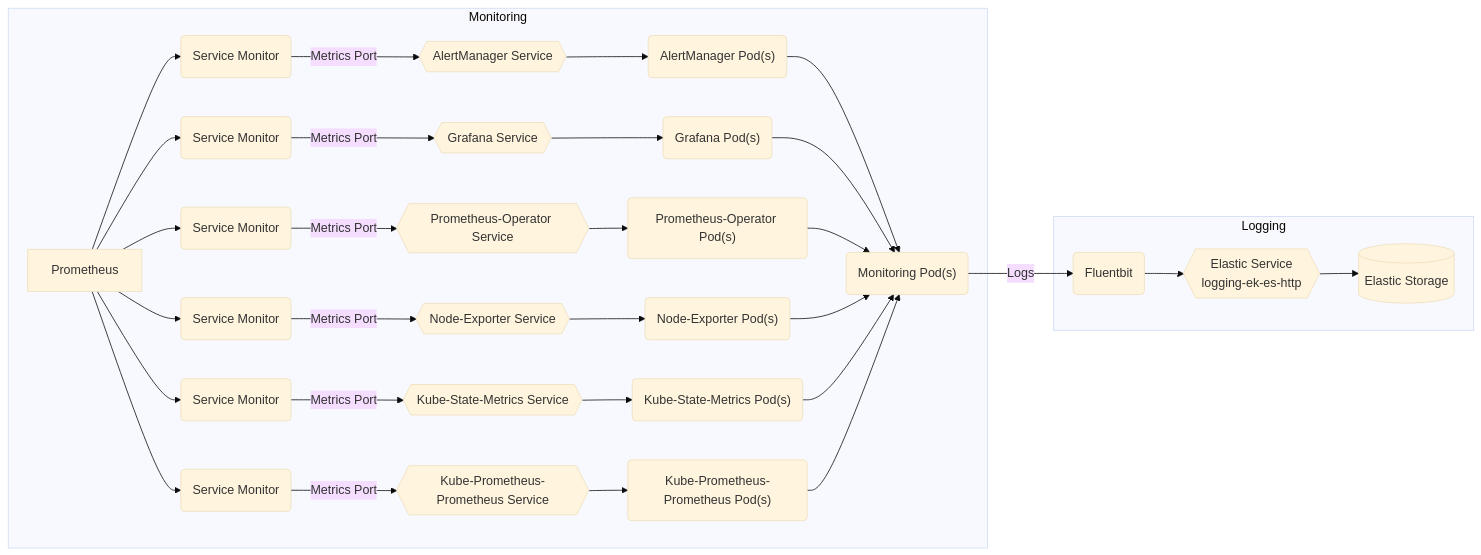
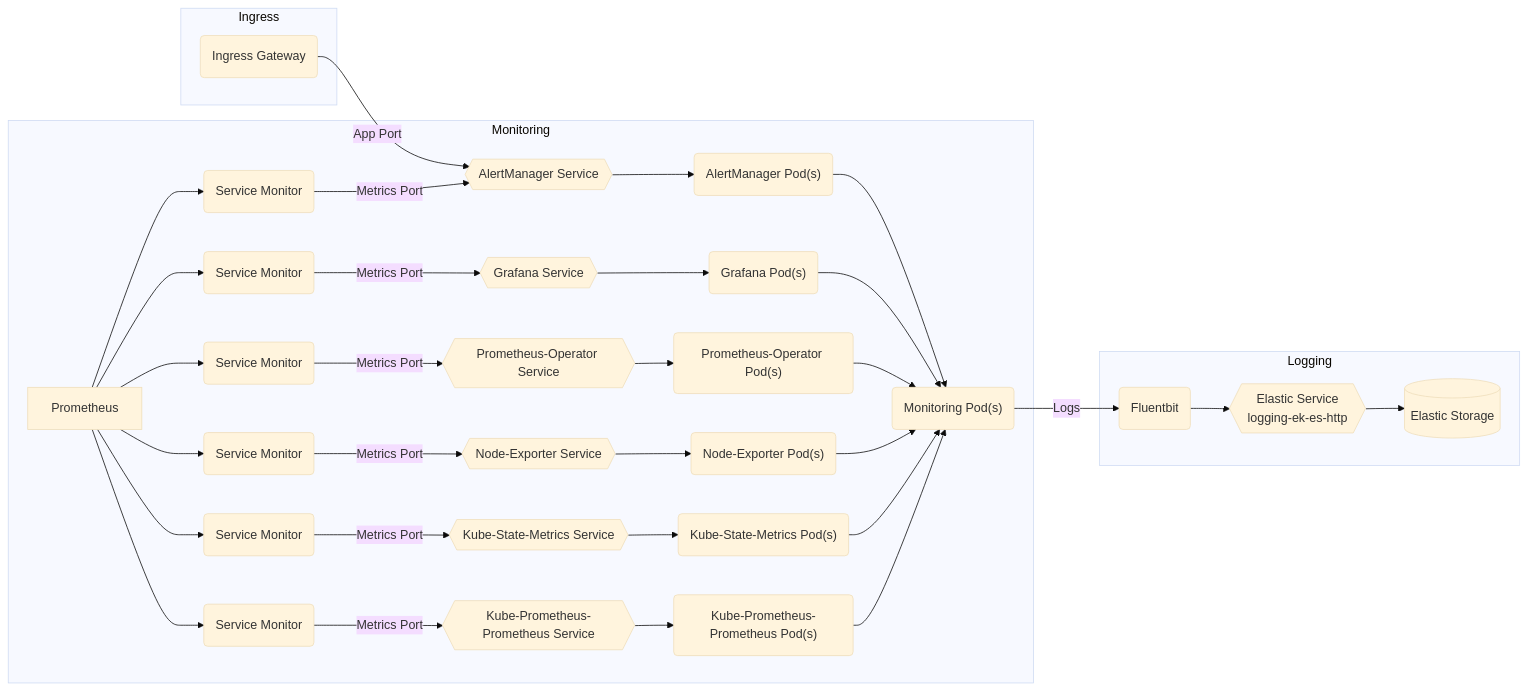
One commit to sbko/bigbang changed the diagram in charter/packages/monitoring/Architecture.md. Above: the diagram before and after it, drawn with Mermaid (base theme).

Commit message:
monitoring architecture

````diff
--- a/charter/packages/monitoring/Architecture.md
+++ b/charter/packages/monitoring/Architecture.md
@@ -12,35 +12,38 @@
  ```mermaid
 graph LR
   subgraph "Monitoring"
     alertmanagerpods("AlertManager Pod(s)") --> monitoringpods("Monitoring Pod(s)")
     alertmanagerservice{{AlertManager Service}} --> alertmanagerpods("AlertManager Pod(s)")
     alertmanagersvcmonitor("Service Monitor") --"Metrics Port"--> alertmanagerservice
     Prometheus --> alertmanagersvcmonitor("Service Monitor")
     grafanapods("Grafana Pod(s)") --> monitoringpods("Monitoring Pod(s)")
     grafanaservice{{Grafana Service}} --> grafanapods("Grafana Pod(s)")
     grafanasvcmonitor("Service Monitor") --"Metrics Port"--> grafanaservice
     Prometheus --> grafanasvcmonitor("Service Monitor")
     prometheusoperatorpods("Prometheus-Operator Pod(s)") --> monitoringpods("Monitoring Pod(s)")
     prometheusoperatorservice{{Prometheus-Operator Service}} -->  prometheusoperatorpods("Prometheus-Operator Pod(s)")
     prometheusoperatorsvcmonitor("Service Monitor") --"Metrics Port"--> prometheusoperatorservice
     Prometheus --> prometheusoperatorsvcmonitor("Service Monitor")
     nodeexporterpods("Node-Exporter Pod(s)") --> monitoringpods("Monitoring Pod(s)")
     nodeexporterservice{{Node-Exporter Service}} -->  nodeexporterpods("Node-Exporter Pod(s)")
     nodeexportersvcmonitor("Service Monitor") --"Metrics Port"-->  nodeexporterservice
     Prometheus --> nodeexportersvcmonitor("Service Monitor")
     kubestatemetricspods("Kube-State-Metrics Pod(s)") --> monitoringpods("Monitoring Pod(s)")
     kubestatemetricsservice{{Kube-State-Metrics Service}} -->  kubestatemetricspods("Kube-State-Metrics Pod(s)")
     kubestatemetricssvcmonitor("Service Monitor") --"Metrics Port"-->  kubestatemetricsservice
     Prometheus --> kubestatemetricssvcmonitor("Service Monitor")
     kubeprometheuspods("Kube-Prometheus-Prometheus Pod(s)") --> monitoringpods("Monitoring Pod(s)")
     kubeprometheusservice{{Kube-Prometheus-Prometheus Service}} -->  kubeprometheuspods("Kube-Prometheus-Prometheus Pod(s)")
     kubeprometheussvcmonitor("Service Monitor") --"Metrics Port"-->  kubeprometheusservice
     Prometheus --> kubeprometheussvcmonitor("Service Monitor")
   end
 
   subgraph "Logging"
     monitoringpods("Monitoring Pod(s)") --"Logs"--> fluent(Fluentbit) --> logging-ek-es-http
     logging-ek-es-http{{Elastic Service<br />logging-ek-es-http}} --> elastic[(Elastic Storage)]
   end
+  subgraph "Ingress"
+    ig(Ingress Gateway) --"App Port"--> alertmanagerservice
+  end 
   
 ```   
````
